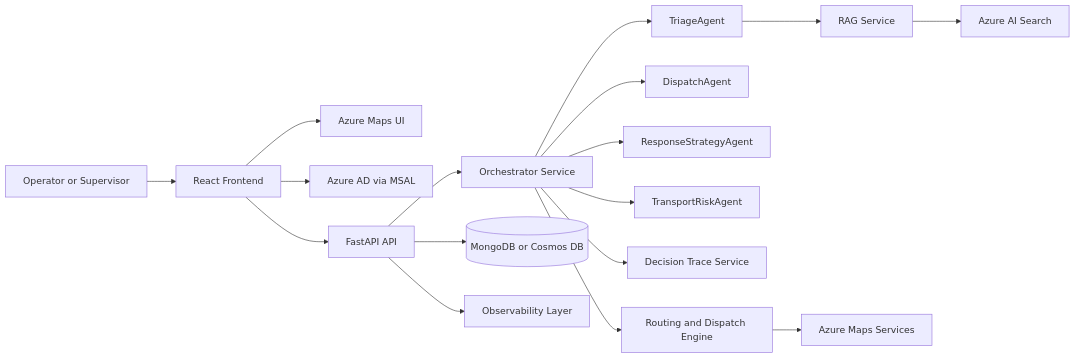
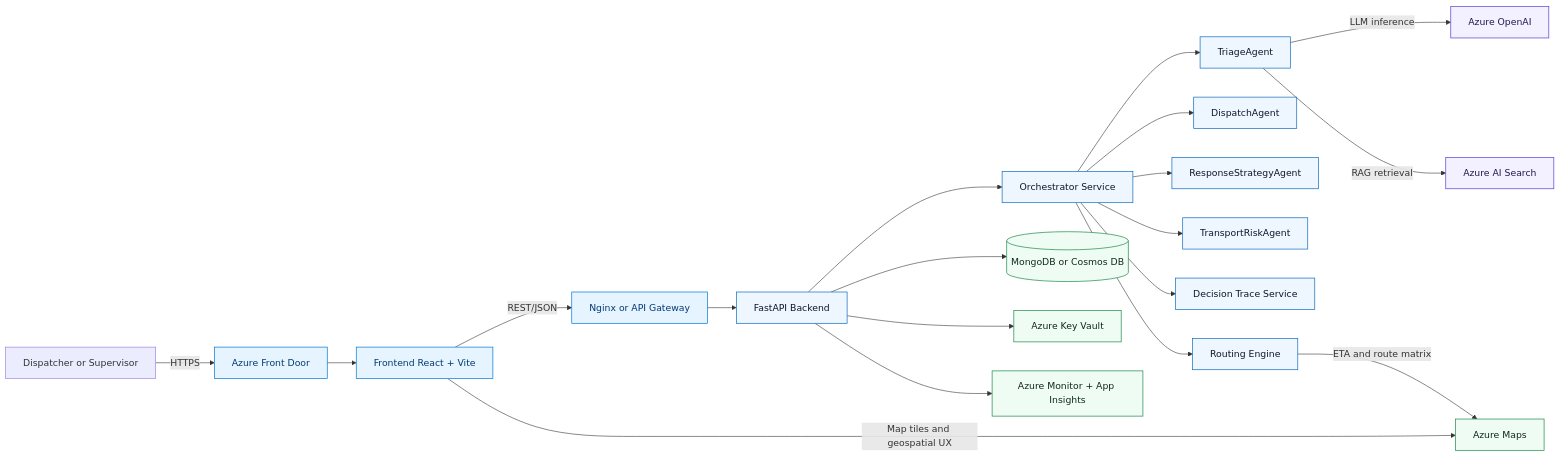
The first of 3 diagrams in README.md (kroSiuffi2712/aegis-project), drawn with Mermaid before and after one commit. The commit also changed other lines of this file, not shown here.

````diff
--- a/README.md
+++ b/README.md
@@ -128,22 +128,55 @@
 ```mermaid
 flowchart LR
-    U[Operator or Supervisor] --> F[React Frontend]
-    F --> MAP[Azure Maps UI]
-    F --> AUTH[Azure AD via MSAL]
-    F --> API[FastAPI API]
+  %% Client edge
+  U[Dispatcher or Supervisor]
+  FD[Azure Front Door]
+  FE[Frontend React + Vite]
+  AGW[Nginx or API Gateway]
 
-    API --> ORCH[Orchestrator Service]
-    ORCH --> TRIAGE[TriageAgent]
-    ORCH --> DISPATCH[DispatchAgent]
-    ORCH --> STRATEGY[ResponseStrategyAgent]
-    ORCH --> TRANSPORT[TransportRiskAgent]
-    ORCH --> TRACE[Decision Trace Service]
-    ORCH --> ROUTING[Routing and Dispatch Engine]
+  %% Application core
+  API[FastAPI Backend]
+  ORCH[Orchestrator Service]
+  TRIAGE[TriageAgent]
+  DISPATCH[DispatchAgent]
+  STRATEGY[ResponseStrategyAgent]
+  RISK[TransportRiskAgent]
+  TRACE[Decision Trace Service]
+  ROUTING[Routing Engine]
 
-    TRIAGE --> RAG[RAG Service]
-    RAG --> SEARCH[Azure AI Search]
+  %% Azure services
+  OAI[Azure OpenAI]
+  SEARCH[Azure AI Search]
+  MAPS[Azure Maps]
+  DB[(MongoDB or Cosmos DB)]
+  KV[Azure Key Vault]
+  OBS[Azure Monitor + App Insights]
 
-    ROUTING --> MAPSVC[Azure Maps Services]
-    API --> DB[(MongoDB or Cosmos DB)]
-    API --> OBS[Observability Layer]
+  U -->|HTTPS| FD --> FE -->|REST/JSON| AGW --> API
+  FE -->|Map tiles and geospatial UX| MAPS
+
+  API --> ORCH
+  ORCH --> TRIAGE
+  ORCH --> DISPATCH
+  ORCH --> STRATEGY
+  ORCH --> RISK
+  ORCH --> TRACE
+  ORCH --> ROUTING
+
+  TRIAGE -->|LLM inference| OAI
+  TRIAGE -->|RAG retrieval| SEARCH
+  ROUTING -->|ETA and route matrix| MAPS
+
+  API --> DB
+  API --> KV
+  API --> OBS
+
+  classDef edge fill:#e6f4ff,stroke:#0078D4,color:#003a75,stroke-width:1.2px;
+  classDef app fill:#eef6ff,stroke:#0F6CBD,color:#0F172A,stroke-width:1.2px;
+  classDef ai fill:#f3f0ff,stroke:#5B3FD1,color:#1F1B4D,stroke-width:1.2px;
+  classDef data fill:#effcf3,stroke:#1F8A4C,color:#0f2a1a,stroke-width:1.2px;
+
+  class FD,FE,AGW edge;
+  class API,ORCH,TRIAGE,DISPATCH,STRATEGY,RISK,TRACE,ROUTING app;
+  class OAI,SEARCH ai;
+  class MAPS,DB,KV,OBS data;
 ```
````
